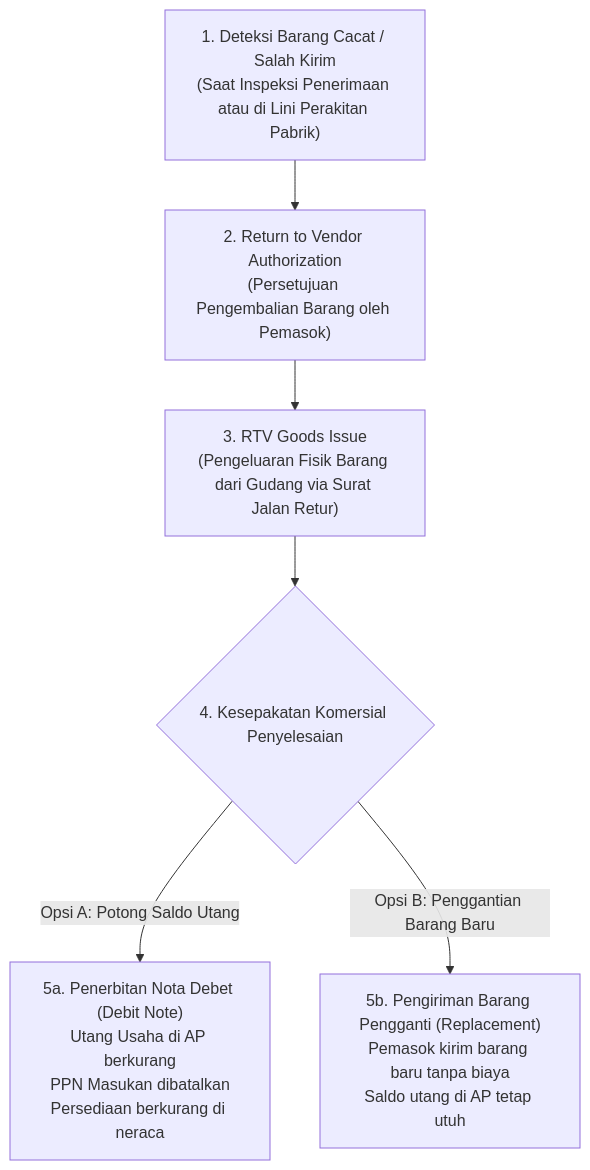
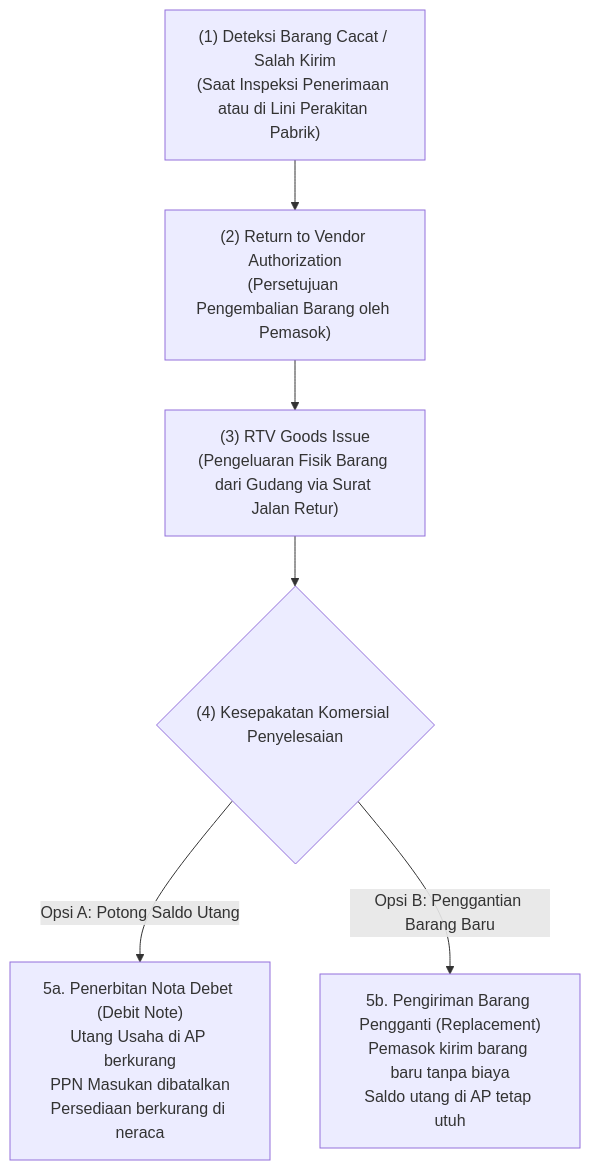
The diagram in content/04-purchasing/purchase-return-and-debit-note.md (alimurrofid/erp-notes), drawn with Mermaid before and after one commit. The commit also changed 132 other files, not shown here.

````diff
--- a/content/04-purchasing/purchase-return-and-debit-note.md
+++ b/content/04-purchasing/purchase-return-and-debit-note.md
@@ -32,12 +32,12 @@
 ```mermaid
 flowchart TD
-    Defect["1. Deteksi Barang Cacat / Salah Kirim<br/>(Saat Inspeksi Penerimaan atau di Lini Perakitan Pabrik)"]
-    --> Auth["2. Return to Vendor Authorization<br/>(Persetujuan Pengembalian Barang oleh Pemasok)"]
-    --> Ship["3. RTV Goods Issue<br/>(Pengeluaran Fisik Barang dari Gudang via Surat Jalan Retur)"]
+    Defect["(1) Deteksi Barang Cacat / Salah Kirim<br/>(Saat Inspeksi Penerimaan atau di Lini Perakitan Pabrik)"]
+    --> Auth["(2) Return to Vendor Authorization<br/>(Persetujuan Pengembalian Barang oleh Pemasok)"]
+    --> Ship["(3) RTV Goods Issue<br/>(Pengeluaran Fisik Barang dari Gudang via Surat Jalan Retur)"]
     
-    Ship --> Decision{"4. Kesepakatan Komersial Penyelesaian"}
+    Ship --> Decision{"(4) Kesepakatan Komersial Penyelesaian"}
     
     Decision -->|Opsi A: Potong Saldo Utang| DN["5a. Penerbitan Nota Debet (Debit Note)<br/>Utang Usaha di AP berkurang<br/>PPN Masukan dibatalkan<br/>Persediaan berkurang di neraca"]
     
     Decision -->|Opsi B: Penggantian Barang Baru| Repl["5b. Pengiriman Barang Pengganti (Replacement)<br/>Pemasok kirim barang baru tanpa biaya<br/>Saldo utang di AP tetap utuh"]
 ```
````
